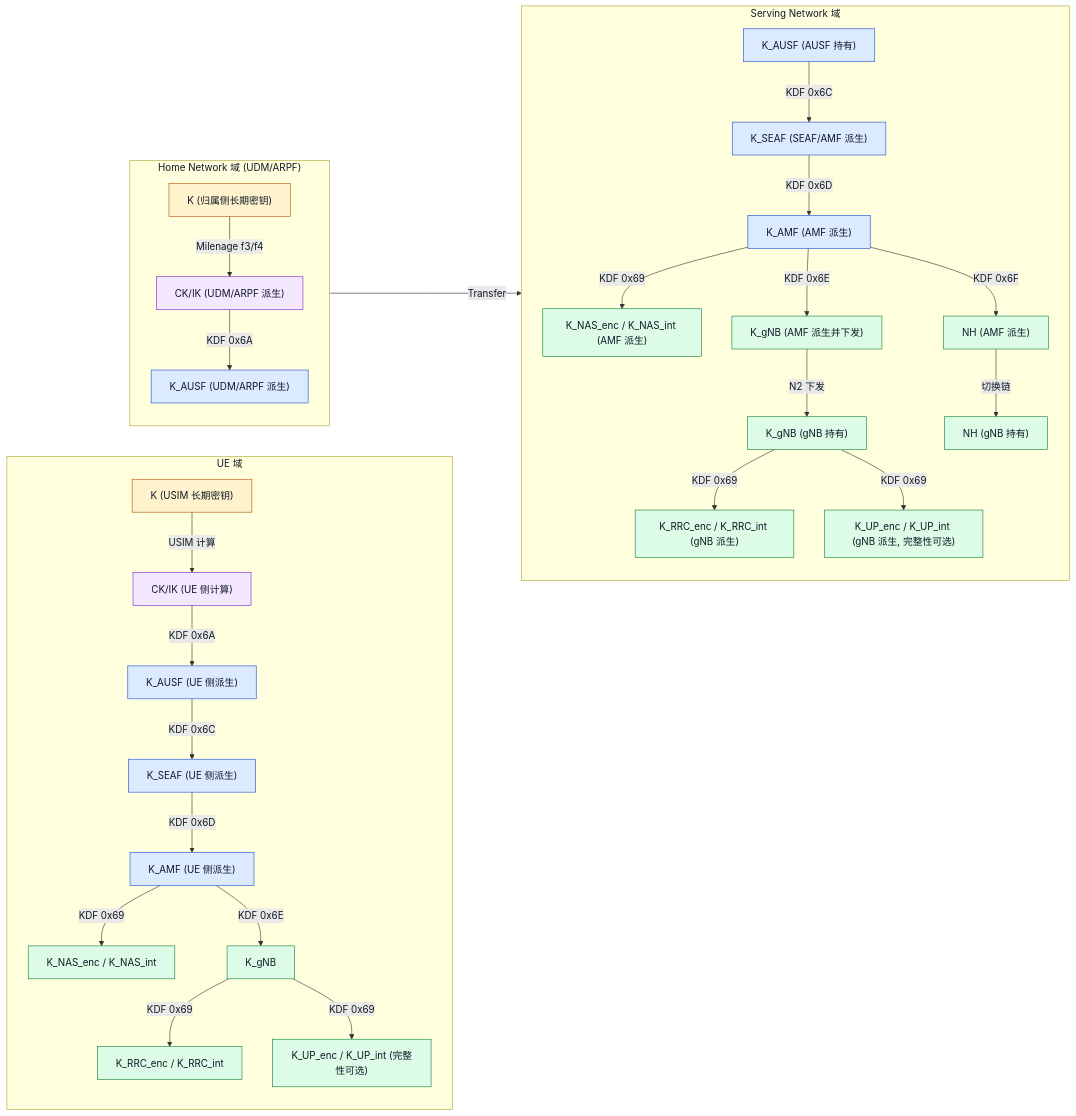
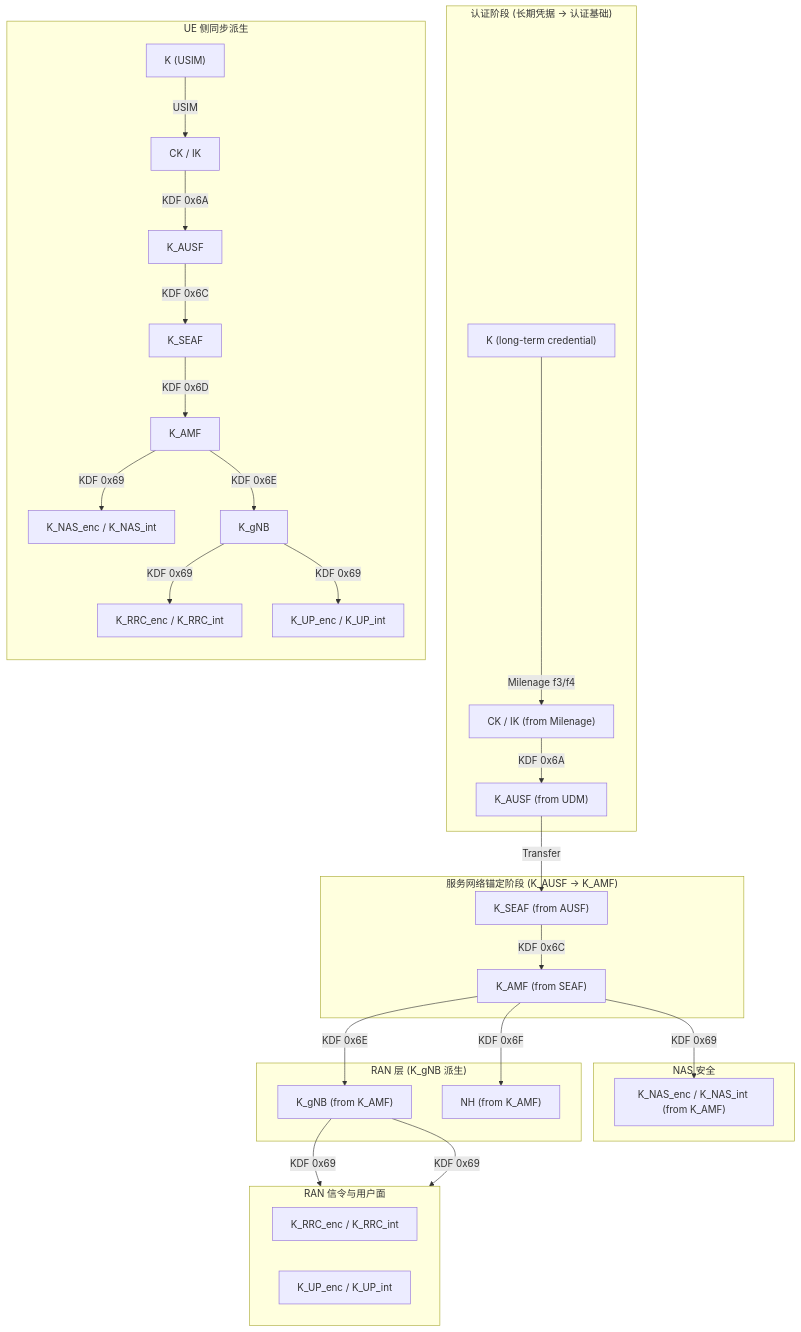
The fourth of 5 diagrams in _posts/2026-03-24-5G安全技术系统解析.md (mh567/mh567.github.io), drawn with Mermaid before and after one commit. The commit also changed other lines of this file, not shown here.

````diff
--- a/_posts/2026-03-24-5G安全技术系统解析.md
+++ b/_posts/2026-03-24-5G安全技术系统解析.md
@@ -374,74 +374,63 @@
 ```mermaid
-flowchart LR
-    %% ---------- Domain: UE ----------
-    subgraph UED["UE 域"]
+flowchart TD
+    subgraph L1["认证阶段 (长期凭据 → 认证基础)"]
+        H_K["K (long-term credential)"]
+        H_CKIK["CK / IK (from Milenage)"]
+        H_KAUSF["K_AUSF (from UDM)"]
+    end
+
+    subgraph L2["服务网络锚定阶段 (K_AUSF → K_AMF)"]
+        S_SEAF["K_SEAF (from AUSF)"]
+        S_KAMF["K_AMF (from SEAF)"]
+    end
+
+    subgraph L3_NAS["NAS 安全"]
+        S_KNAS["K_NAS_enc / K_NAS_int (from K_AMF)"]
+    end
+
+    subgraph L3_RAN["RAN 层 (K_gNB 派生)"]
+        S_KGNB["K_gNB (from K_AMF)"]
+        S_NH["NH (from K_AMF)"]
+    end
+
+    subgraph L4_RAN["RAN 信令与用户面"]
+        direction LR
+        RAN_RRC["K_RRC_enc / K_RRC_int"]
+        RAN_UP["K_UP_enc / K_UP_int"]
+    end
+
+    subgraph UE_PATH["UE 侧同步派生"]
         direction TB
-        U_K["K (USIM 长期密钥)"]
-        U_CKIK["CK/IK (UE 侧计算)"]
-        U_KAUSF["K_AUSF (UE 侧派生)"]
-        U_KSEAF["K_SEAF (UE 侧派生)"]
-        U_KAMF["K_AMF (UE 侧派生)"]
+        U_K["K (USIM)"]
+        U_CKIK["CK / IK"]
+        U_KAUSF["K_AUSF"]
+        U_KSEAF["K_SEAF"]
+        U_KAMF["K_AMF"]
         U_KNAS["K_NAS_enc / K_NAS_int"]
         U_KGNB["K_gNB"]
-        U_KRRC["K_RRC_enc / K_RRC_int"]
-        U_KUP["K_UP_enc / K_UP_int (完整性可选)"]
+        U_RRC["K_RRC_enc / K_RRC_int"]
+        U_UP["K_UP_enc / K_UP_int"]
     end
 
-    %% ---------- Domain: Home Network ----------
-    subgraph HND["Home Network 域 (UDM/ARPF)"]
-        direction TB
-        H_K["K (归属侧长期密钥)"]
-        H_CKIK["CK/IK (UDM/ARPF 派生)"]
-        H_KAUSF["K_AUSF (UDM/ARPF 派生)"]
-    end
-
-    %% ---------- Domain: Serving Network ----------
-    subgraph SND["Serving Network 域"]
-        direction TB
-        S_AUSF["K_AUSF (AUSF 持有)"]
-        S_KSEAF["K_SEAF (SEAF/AMF 派生)"]
-        S_KAMF["K_AMF (AMF 派生)"]
-        S_KNAS["K_NAS_enc / K_NAS_int (AMF 派生)"]
-        S_KGNB_AMF["K_gNB (AMF 派生并下发)"]
-        S_NH_AMF["NH (AMF 派生)"]
-        S_KGNB_GNB["K_gNB (gNB 持有)"]
-        S_KRRC_GNB["K_RRC_enc / K_RRC_int (gNB 派生)"]
-        S_KUP_GNB["K_UP_enc / K_UP_int (gNB 派生, 完整性可选)"]
-        S_NH_GNB["NH (gNB 持有)"]
-    end
-
-    %% ---------- Home/Serving main path ----------
     H_K -->|Milenage f3/f4| H_CKIK
     H_CKIK -->|KDF 0x6A| H_KAUSF
-    H_KAUSF -->|Transfer| S_AUSF
-    S_AUSF -->|KDF 0x6C| S_KSEAF
-    S_KSEAF -->|KDF 0x6D| S_KAMF
+    H_KAUSF -->|Transfer| S_SEAF
+    
+    S_SEAF -->|KDF 0x6C| S_KAMF
+    
     S_KAMF -->|KDF 0x69| S_KNAS
-    S_KAMF -->|KDF 0x6E| S_KGNB_AMF
-    S_KAMF -->|KDF 0x6F| S_NH_AMF
-    S_KGNB_AMF -->|N2 下发| S_KGNB_GNB
-    S_NH_AMF -->|切换链| S_NH_GNB
-    S_KGNB_GNB -->|KDF 0x69| S_KRRC_GNB
-    S_KGNB_GNB -->|KDF 0x69| S_KUP_GNB
-
-    %% ---------- UE local path ----------
-    U_K -->|USIM 计算| U_CKIK
+    S_KAMF -->|KDF 0x6E| S_KGNB
+    S_KAMF -->|KDF 0x6F| S_NH
+    
+    S_KGNB -->|KDF 0x69| RAN_RRC
+    S_KGNB -->|KDF 0x69| RAN_UP
+    
+    U_K -->|USIM| U_CKIK
     U_CKIK -->|KDF 0x6A| U_KAUSF
     U_KAUSF -->|KDF 0x6C| U_KSEAF
     U_KSEAF -->|KDF 0x6D| U_KAMF
     U_KAMF -->|KDF 0x69| U_KNAS
     U_KAMF -->|KDF 0x6E| U_KGNB
-    U_KGNB -->|KDF 0x69| U_KRRC
-    U_KGNB -->|KDF 0x69| U_KUP
-
-    %% ---------- Visual grouping ----------
-    classDef root fill:#fff3cd,stroke:#b45309,color:#111827,stroke-width:1px;
-    classDef anchor fill:#dbeafe,stroke:#1d4ed8,color:#111827,stroke-width:1px;
-    classDef access fill:#dcfce7,stroke:#15803d,color:#111827,stroke-width:1px;
-    classDef transfer fill:#f3e8ff,stroke:#7e22ce,color:#111827,stroke-width:1px;
-
-    class U_K,H_K root;
-    class U_KAUSF,U_KSEAF,U_KAMF,H_KAUSF,S_AUSF,S_KSEAF,S_KAMF anchor;
-    class U_KNAS,U_KGNB,U_KRRC,U_KUP,S_KNAS,S_KGNB_AMF,S_KGNB_GNB,S_KRRC_GNB,S_KUP_GNB,S_NH_AMF,S_NH_GNB access;
-    class H_CKIK,U_CKIK transfer;
+    U_KGNB -->|KDF 0x69| U_RRC
+    U_KGNB -->|KDF 0x69| U_UP
 ```
````
